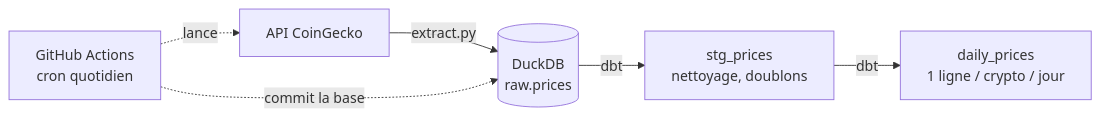
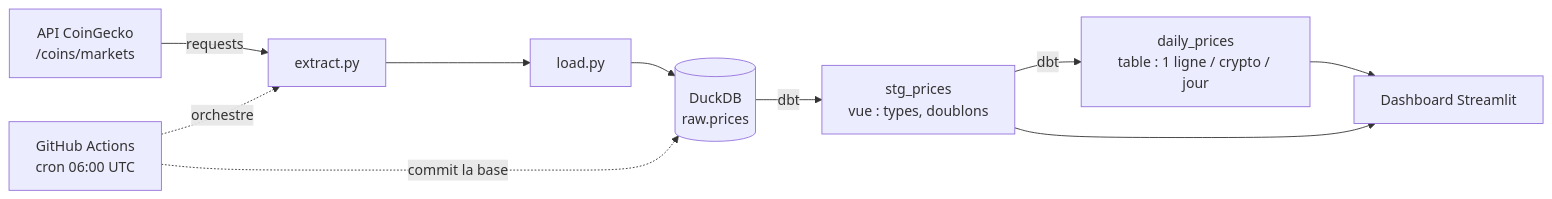
The diagram in README.md (Ethan941/mini-etl-pipeline), drawn with Mermaid before and after one commit. The commit also changed other lines of this file, not shown here.

````diff
--- a/README.md
+++ b/README.md
@@ -9,8 +36,12 @@
 ```mermaid
 flowchart LR
-    A[API CoinGecko] -->|extract.py| B[(DuckDB<br/>raw.prices)]
-    B -->|dbt| C[stg_prices<br/>nettoyage, doublons]
-    C -->|dbt| D[daily_prices<br/>1 ligne / crypto / jour]
-    E[GitHub Actions<br/>cron quotidien] -.lance.-> A
-    E -.commit la base.-> B
+    A[API CoinGecko<br/>/coins/markets] -->|requests| B[extract.py]
+    B --> C[load.py]
+    C --> D[(DuckDB<br/>raw.prices)]
+    D -->|dbt| E[stg_prices<br/>vue : types, doublons]
+    E -->|dbt| F[daily_prices<br/>table : 1 ligne / crypto / jour]
+    F --> G[Dashboard Streamlit]
+    E --> G
+    H[GitHub Actions<br/>cron 06:00 UTC] -.orchestre.-> B
+    H -.commit la base.-> D
 ```
````
